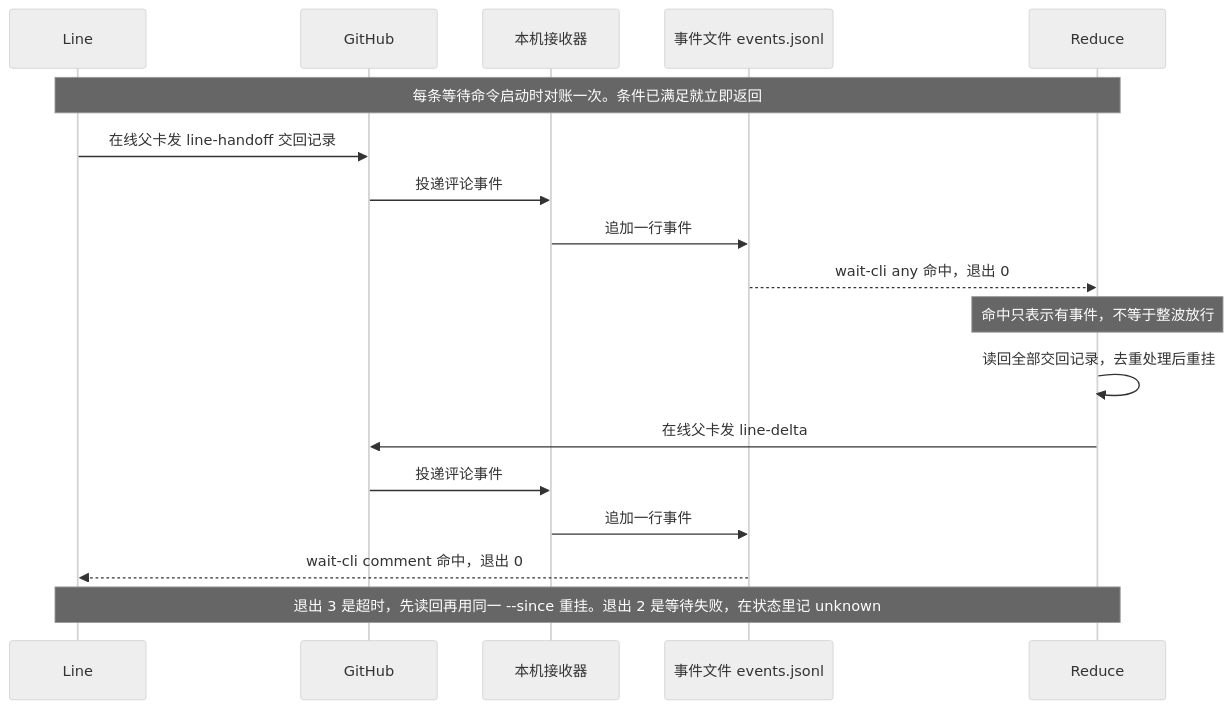
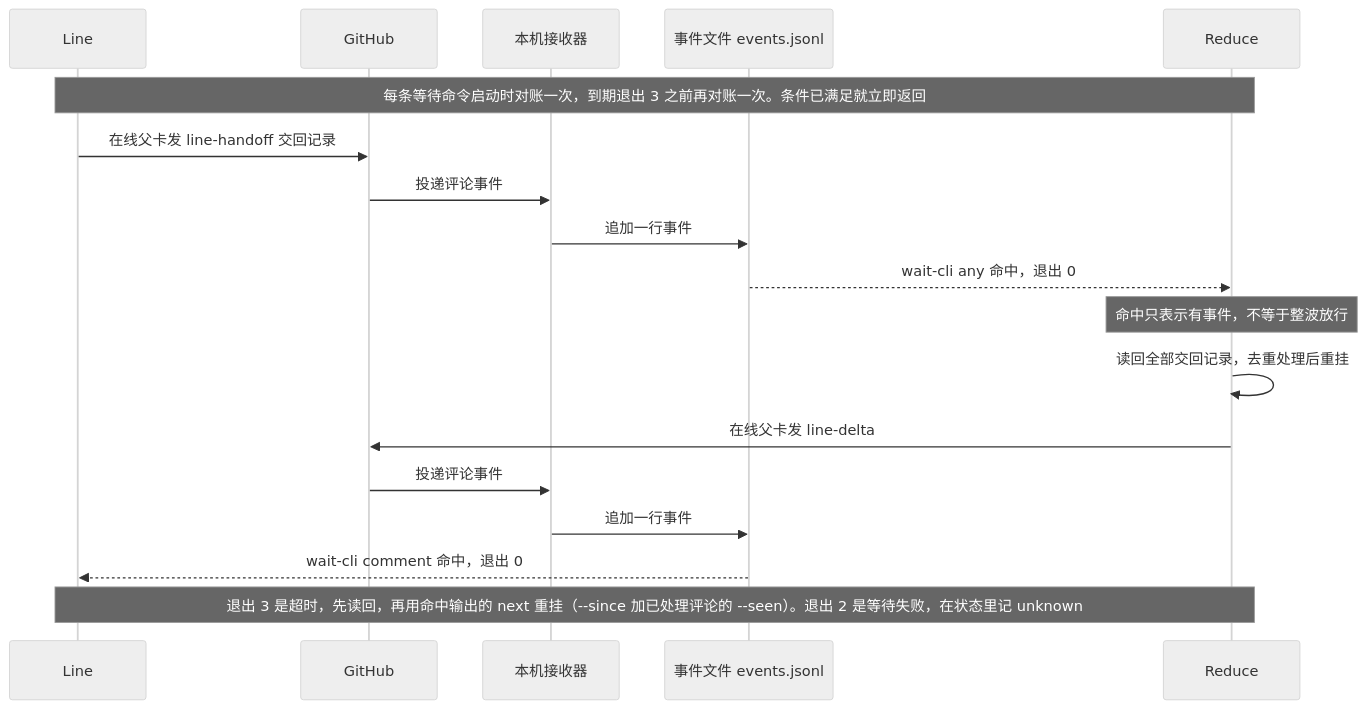
Before and after one commit to nemori-ai/omne-harness-lite: the second of 2 diagrams in docs/engineering/integration.md, drawn with Mermaid (neutral theme). The commit also changed other lines of this file and 4 other files, not shown here.

````diff
--- a/docs/engineering/integration.md
+++ b/docs/engineering/integration.md
@@ -485,20 +485,20 @@
 ```mermaid
 sequenceDiagram
   participant L as Line
   participant G as GitHub
   participant R as 本机接收器
   participant E as 事件文件 events.jsonl
   participant D as Reduce
-  Note over L,D: 每条等待命令启动时对账一次。条件已满足就立即返回
+  Note over L,D: 每条等待命令启动时对账一次，到期退出 3 之前再对账一次。条件已满足就立即返回
   L->>G: 在线父卡发 line-handoff 交回记录
   G->>R: 投递评论事件
   R->>E: 追加一行事件
   E-->>D: wait-cli any 命中，退出 0
   Note over D: 命中只表示有事件，不等于整波放行
   D->>D: 读回全部交回记录，去重处理后重挂
   D->>G: 在线父卡发 line-delta
   G->>R: 投递评论事件
   R->>E: 追加一行事件
   E-->>L: wait-cli comment 命中，退出 0
-  Note over L,D: 退出 3 是超时，先读回再用同一 --since 重挂。退出 2 是等待失败，在状态里记 unknown
+  Note over L,D: 退出 3 是超时，先读回，再用命中输出的 next 重挂（--since 加已处理评论的 --seen）。退出 2 是等待失败，在状态里记 unknown
 ```
````
